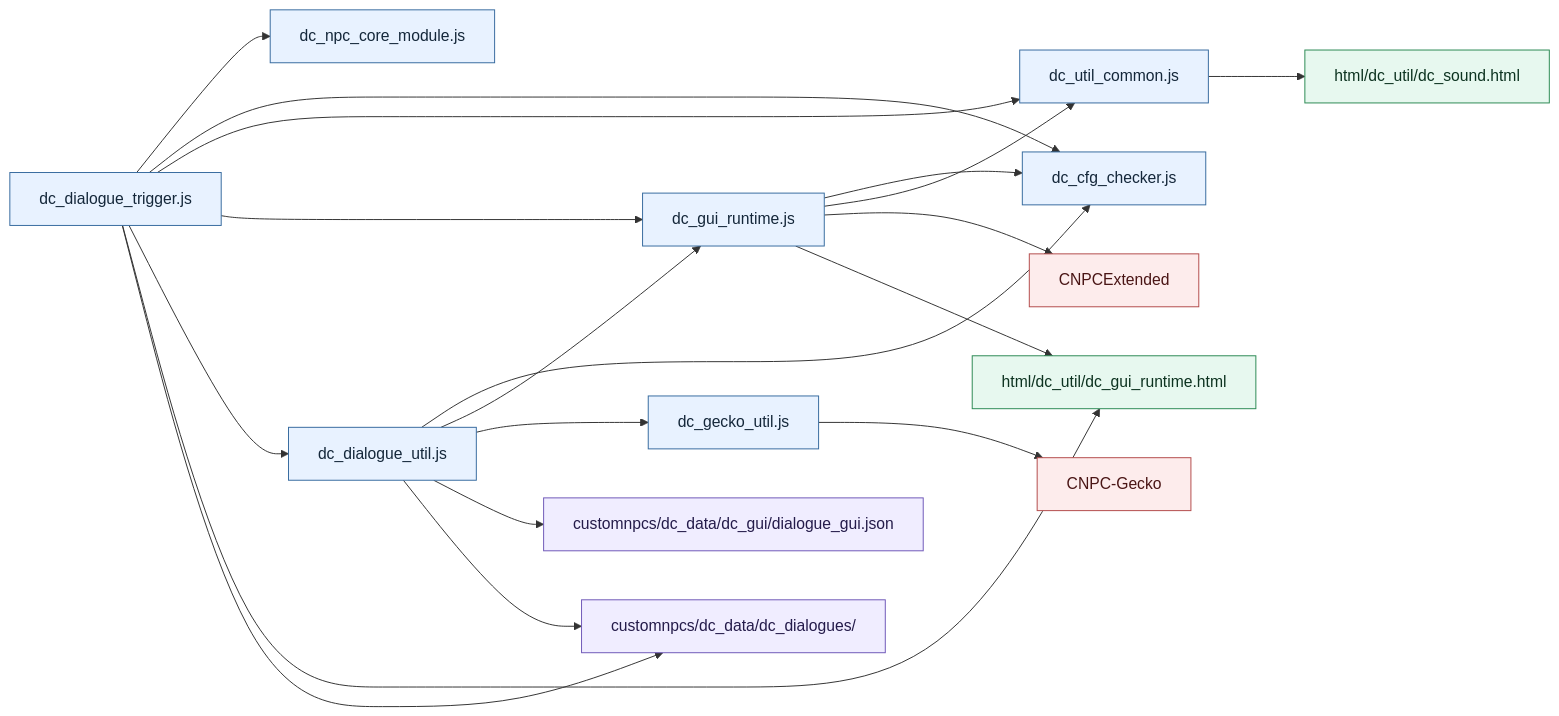
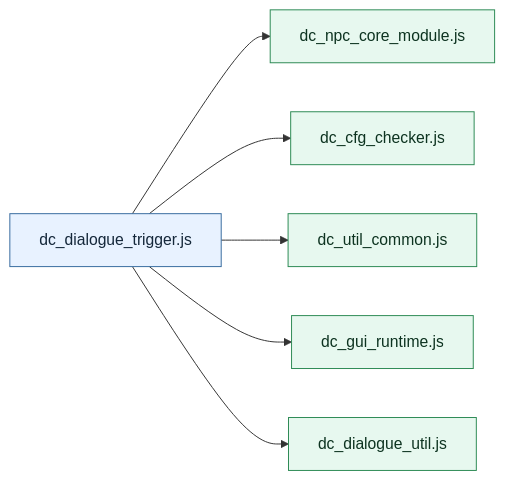
Before and after one commit to gdochi/dochi-editor-hub: the diagram in scripts/DEPENDENCIES.md, drawn with Mermaid. The commit also changed other lines of this file and 16 other files, not shown here.

````diff
--- a/scripts/DEPENDENCIES.md
+++ b/scripts/DEPENDENCIES.md
@@ -63,38 +22,16 @@
 ```mermaid
 flowchart LR
   n0["dc_dialogue_trigger.js"] --> n1["dc_npc_core_module.js"]
   n0["dc_dialogue_trigger.js"] --> n2["dc_cfg_checker.js"]
   n0["dc_dialogue_trigger.js"] --> n3["dc_util_common.js"]
   n0["dc_dialogue_trigger.js"] --> n4["dc_gui_runtime.js"]
   n0["dc_dialogue_trigger.js"] --> n5["dc_dialogue_util.js"]
-  n0["dc_dialogue_trigger.js"] --> n6["html/dc_util/dc_gui_runtime.html"]
-  n0["dc_dialogue_trigger.js"] --> n7["customnpcs/dc_data/dc_dialogues/"]
-  n5["dc_dialogue_util.js"] --> n2["dc_cfg_checker.js"]
-  n5["dc_dialogue_util.js"] --> n4["dc_gui_runtime.js"]
-  n5["dc_dialogue_util.js"] --> n8["dc_gecko_util.js"]
-  n5["dc_dialogue_util.js"] --> n9["customnpcs/dc_data/dc_gui/dialogue_gui.json"]
-  n5["dc_dialogue_util.js"] --> n7["customnpcs/dc_data/dc_dialogues/"]
-  n8["dc_gecko_util.js"] --> n10["CNPC-Gecko"]
-  n4["dc_gui_runtime.js"] --> n2["dc_cfg_checker.js"]
-  n4["dc_gui_runtime.js"] --> n3["dc_util_common.js"]
-  n4["dc_gui_runtime.js"] --> n11["CNPCExtended"]
-  n4["dc_gui_runtime.js"] --> n6["html/dc_util/dc_gui_runtime.html"]
-  n3["dc_util_common.js"] --> n12["html/dc_util/dc_sound.html"]
-  classDef script fill:#e8f2ff,stroke:#376b9f,color:#14273a
-  classDef html fill:#e7f8ef,stroke:#2c8a54,color:#0d3320
-  classDef mod fill:#fdecec,stroke:#b34b4b,color:#4a1515
-  classDef data fill:#f0edff,stroke:#6f58b8,color:#241b4a
-  class n0 script
-  class n1 script
-  class n2 script
-  class n3 script
-  class n4 script
-  class n5 script
-  class n6 html
-  class n7 data
-  class n8 script
-  class n9 data
-  class n10 mod
-  class n11 mod
-  class n12 html
+  classDef main fill:#e8f2ff,stroke:#376b9f,color:#14273a
+  classDef util fill:#e7f8ef,stroke:#2c8a54,color:#0d3320
+  class n0 main
+  class n1 util
+  class n2 util
+  class n3 util
+  class n4 util
+  class n5 util
 ```
````
